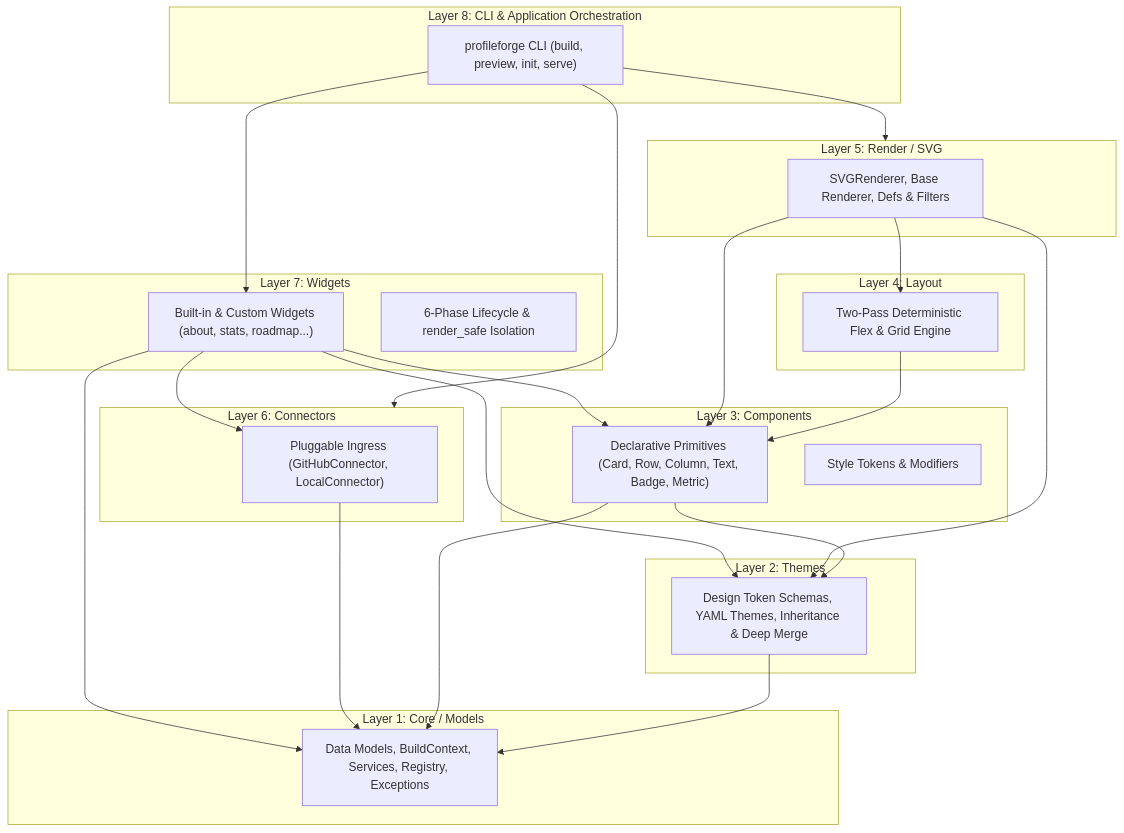
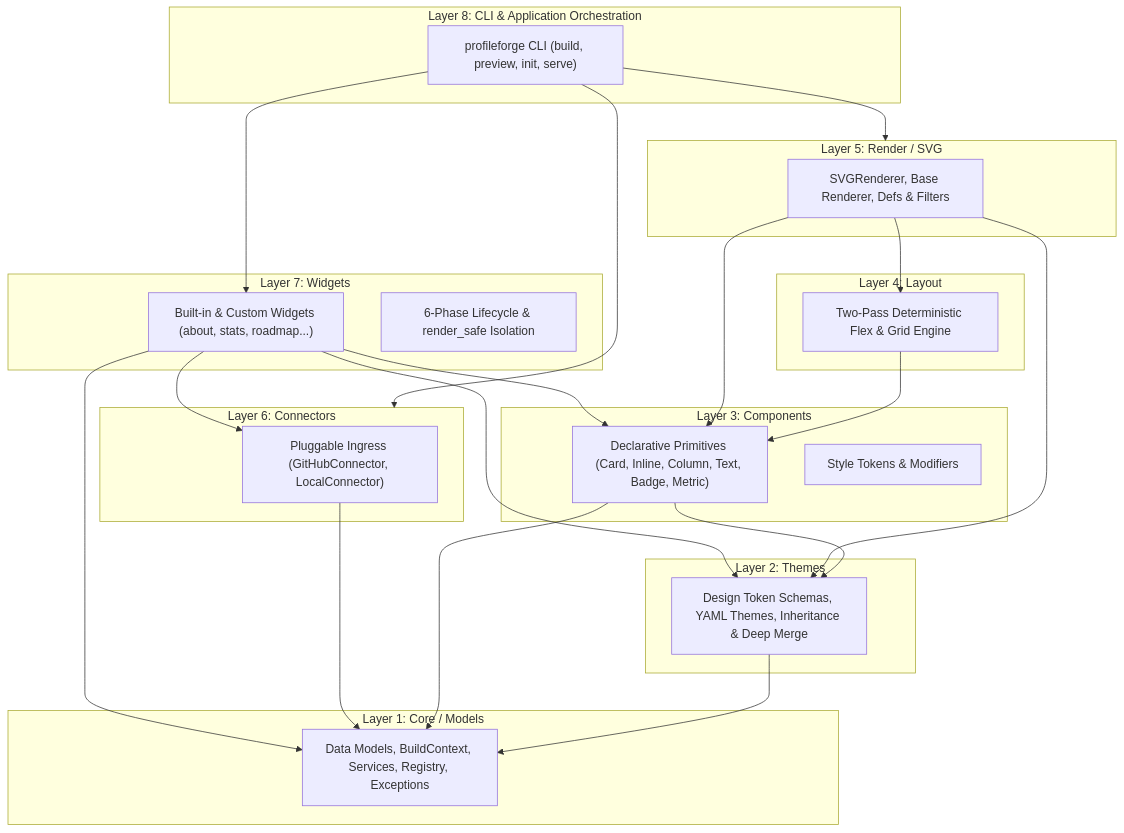
The first of 2 diagrams in ARCHITECTURE.md (iisgaurav/profileforge), drawn with Mermaid before and after one commit. The commit also changed other lines of this file and 644 other files, not shown here.

````diff
--- a/ARCHITECTURE.md
+++ b/ARCHITECTURE.md
@@ -22,52 +23,52 @@
 ```mermaid
 graph TD
     subgraph L8["Layer 8: CLI & Application Orchestration"]
         CLI["profileforge CLI (build, preview, init, serve)"]
     end
 
     subgraph L7["Layer 7: Widgets"]
         Widgets["Built-in & Custom Widgets (about, stats, roadmap...)"]
         Lifecycle["6-Phase Lifecycle & render_safe Isolation"]
     end
 
     subgraph L6["Layer 6: Connectors"]
         Connectors["Pluggable Ingress (GitHubConnector, LocalConnector)"]
     end
 
     subgraph L5["Layer 5: Render / SVG"]
         Renderer["SVGRenderer, Base Renderer, Defs & Filters"]
     end
 
     subgraph L4["Layer 4: Layout"]
         LayoutEngine["Two-Pass Deterministic Flex & Grid Engine"]
     end
 
     subgraph L3["Layer 3: Components"]
-        Components["Declarative Primitives (Card, Row, Column, Text, Badge, Metric)"]
+        Components["Declarative Primitives (Card, Inline, Column, Text, Badge, Metric)"]
         Style["Style Tokens & Modifiers"]
     end
 
     subgraph L2["Layer 2: Themes"]
         Themes["Design Token Schemas, YAML Themes, Inheritance & Deep Merge"]
     end
 
     subgraph L1["Layer 1: Core / Models"]
         Models["Data Models, BuildContext, Services, Registry, Exceptions"]
     end
 
     CLI --> Widgets
     CLI --> L6
     CLI --> L5
     Widgets --> Connectors
     Widgets --> Components
     Widgets --> Themes
     Widgets --> Models
     Connectors --> Models
     Renderer --> LayoutEngine
     Renderer --> Components
     Renderer --> Themes
     LayoutEngine --> Components
     Components --> Themes
     Components --> Models
     Themes --> Models
 ```
````
